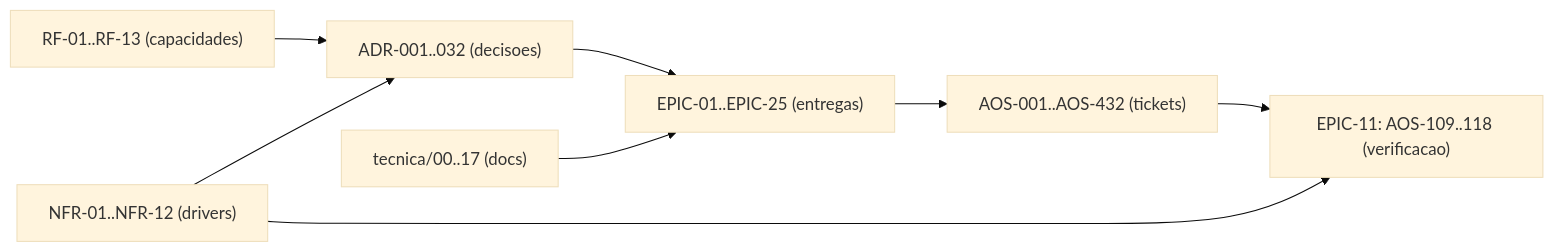
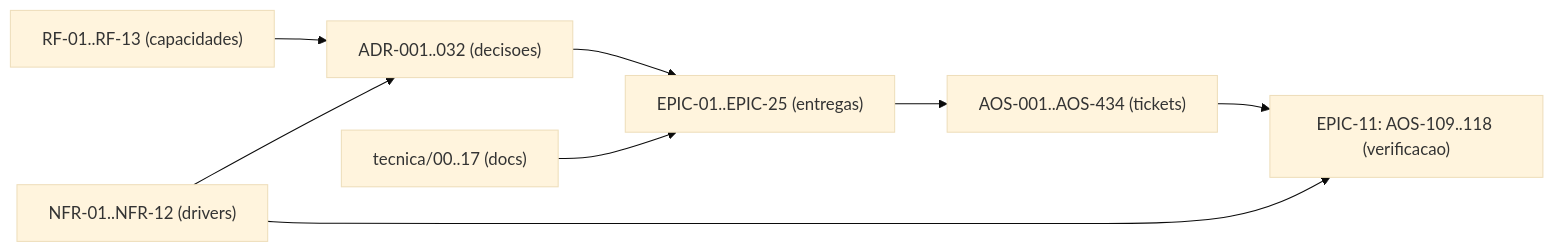
One commit to albinoJimy/aos changed the diagram in tecnica/16_Rastreabilidade_RTM.md. Above: the diagram before and after it, drawn with Mermaid (base theme). The commit also changed other lines of this file and 12 other files, not shown here.

````diff
--- a/tecnica/16_Rastreabilidade_RTM.md
+++ b/tecnica/16_Rastreabilidade_RTM.md
@@ -193,10 +193,10 @@
 ```mermaid
 flowchart LR
     RF["RF-01..RF-13 (capacidades)"] --> ADR["ADR-001..032 (decisoes)"]
     NFR["NFR-01..NFR-12 (drivers)"] --> ADR
     ADR --> EPIC["EPIC-01..EPIC-25 (entregas)"]
-    EPIC --> TICK["AOS-001..AOS-432 (tickets)"]
+    EPIC --> TICK["AOS-001..AOS-434 (tickets)"]
     DOC["tecnica/00..17 (docs)"] --> EPIC
     TICK --> TEST["EPIC-11: AOS-109..118 (verificacao)"]
     NFR --> TEST
 ```
````
